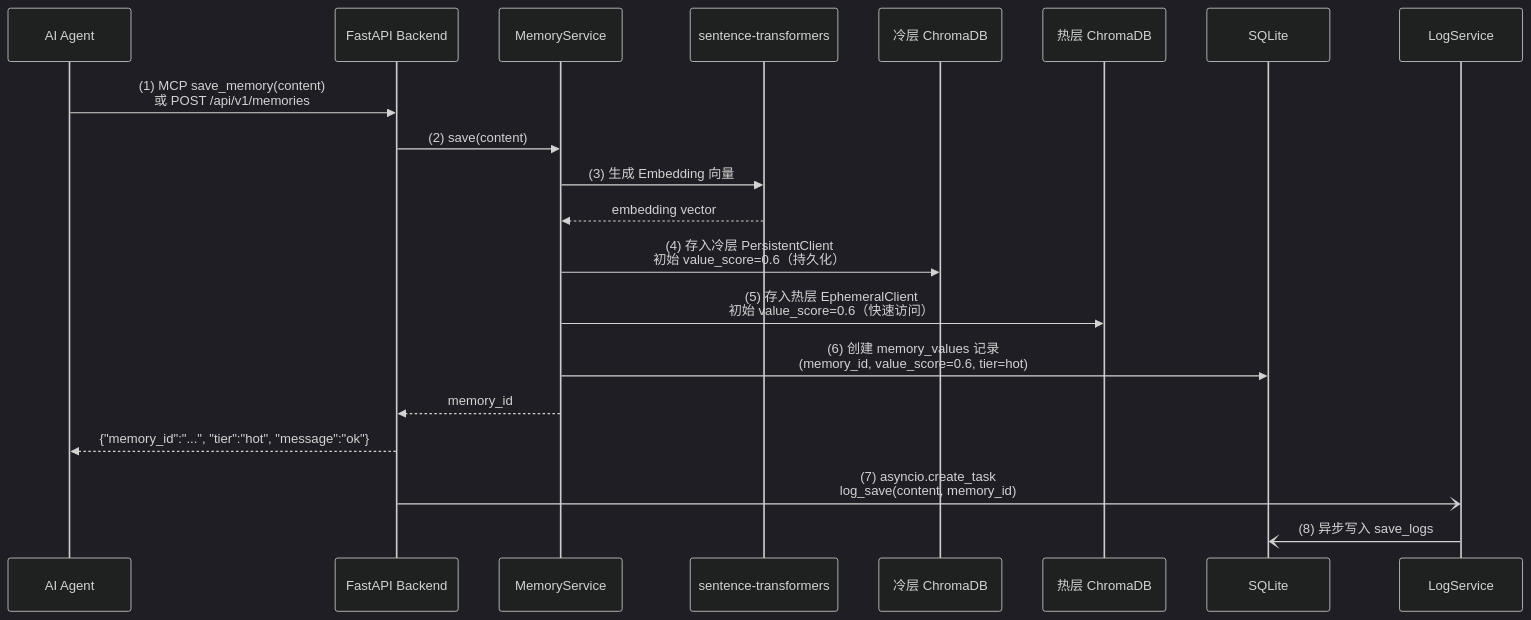
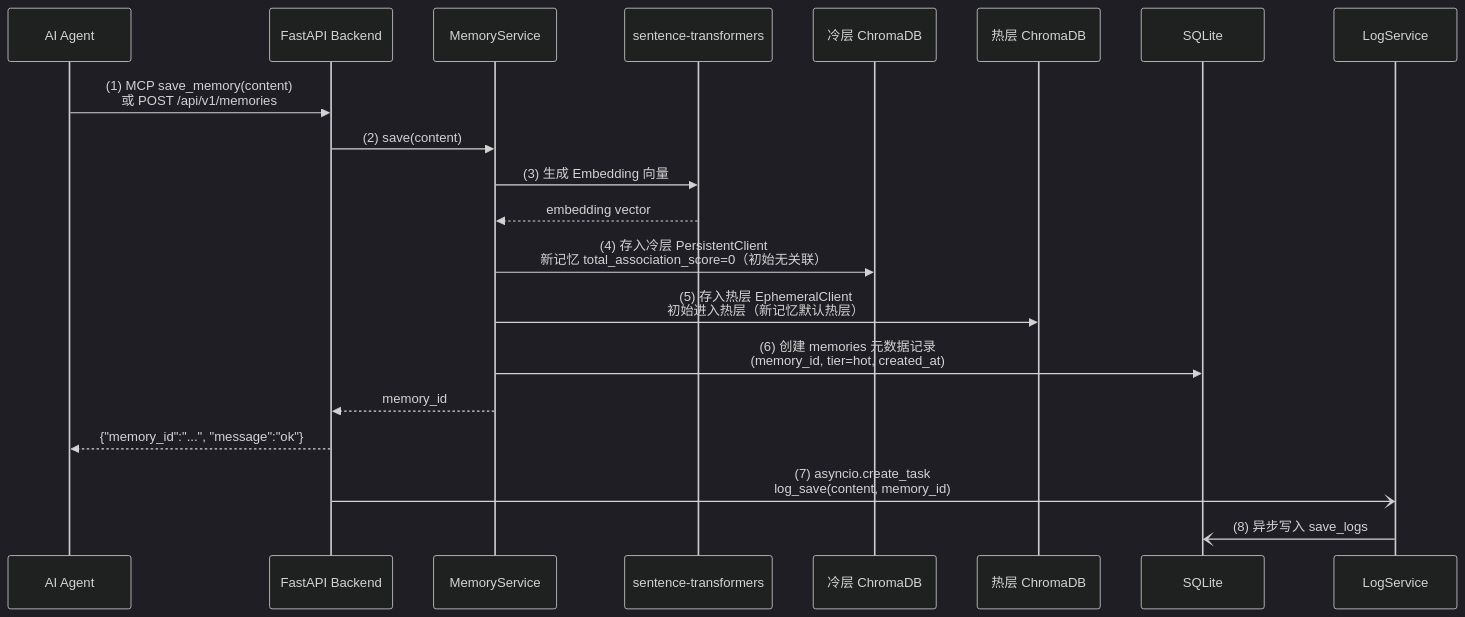
The third of 10 diagrams in doc/sad_v1.15.md (SevenLv/air_memory), drawn with Mermaid (dark theme) before and after one commit. The commit also changed other lines of this file and 7 other files, not shown here.

First line of the commit message:
docs: 将记忆价值计量方式从 value_score 全面替换为 total_association_score

````diff
--- a/doc/sad_v1.15.md
+++ b/doc/sad_v1.15.md
@@ -360,23 +359,23 @@
 ```mermaid
 sequenceDiagram
     participant Agent as AI Agent
     participant API as FastAPI Backend
     participant MemSvc as MemoryService
     participant ET as sentence-transformers
     participant Cold as 冷层 ChromaDB
     participant Hot as 热层 ChromaDB
     participant DB as SQLite
     participant Log as LogService
 
     Agent->>API: (1) MCP save_memory(content)<br/>或 POST /api/v1/memories
     API->>MemSvc: (2) save(content)
     MemSvc->>ET: (3) 生成 Embedding 向量
     ET-->>MemSvc: embedding vector
-    MemSvc->>Cold: (4) 存入冷层 PersistentClient<br/>初始 value_score=0.6（持久化）
-    MemSvc->>Hot: (5) 存入热层 EphemeralClient<br/>初始 value_score=0.6（快速访问）
-    MemSvc->>DB: (6) 创建 memory_values 记录<br/>(memory_id, value_score=0.6, tier=hot)
+    MemSvc->>Cold: (4) 存入冷层 PersistentClient<br/>新记忆 total_association_score=0（初始无关联）
+    MemSvc->>Hot: (5) 存入热层 EphemeralClient<br/>初始进入热层（新记忆默认热层）
+    MemSvc->>DB: (6) 创建 memories 元数据记录<br/>(memory_id, tier=hot, created_at)
     MemSvc-->>API: memory_id
-    API-->>Agent: {"memory_id":"...", "tier":"hot", "message":"ok"}
+    API-->>Agent: {"memory_id":"...", "message":"ok"}
     API-)Log: (7) asyncio.create_task<br/>log_save(content, memory_id)
     Log-)DB: (8) 异步写入 save_logs
 ```
````
